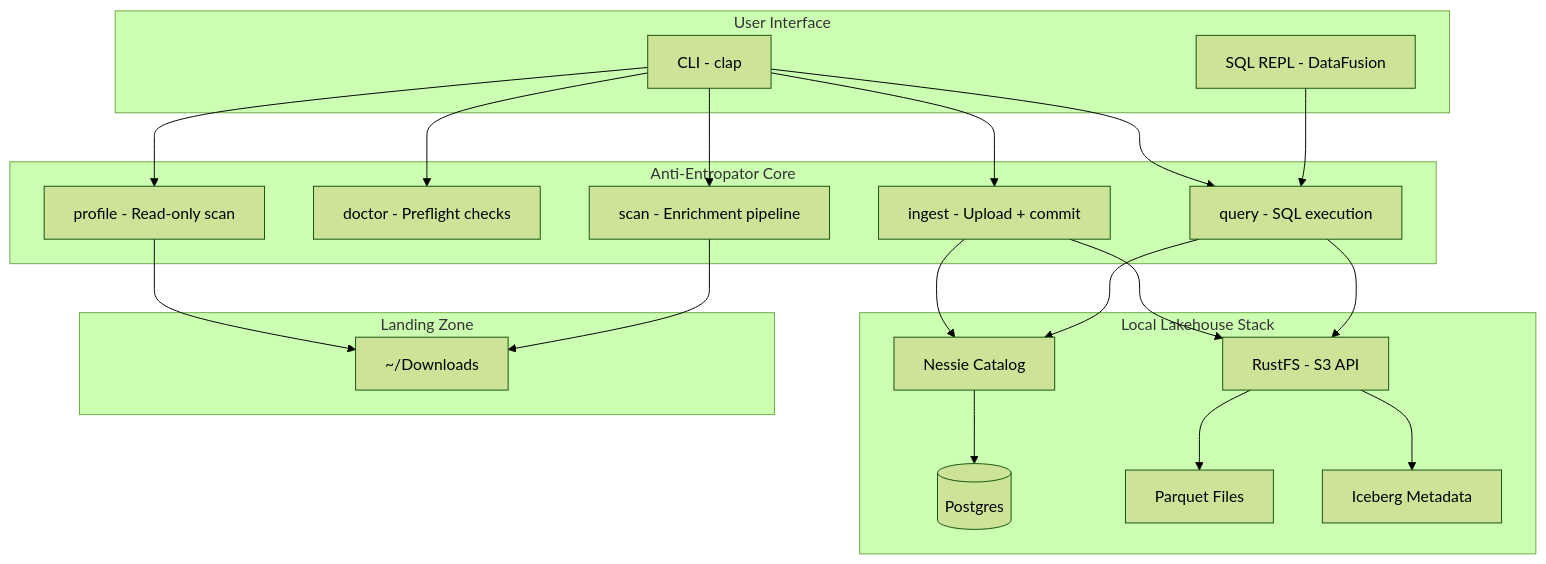
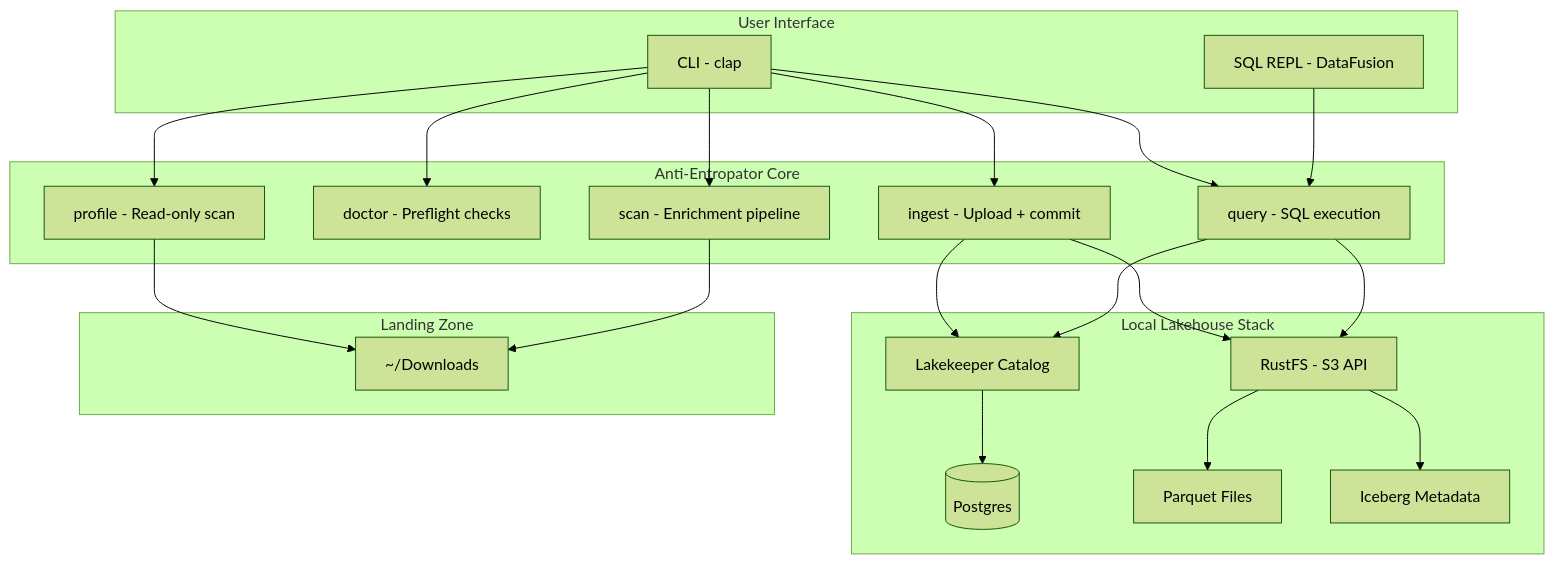
One commit to sm4rtm4art/anti_entropator changed the first of 2 diagrams in docs/design/architecture.md. Above: the diagram before and after it, drawn with Mermaid (forest theme). The commit also changed other lines of this file and 12 other files, not shown here.

````diff
--- a/docs/design/architecture.md
+++ b/docs/design/architecture.md
@@ -9,45 +9,45 @@
 ```mermaid
 flowchart TB
     subgraph user [User Interface]
         CLI[CLI - clap]
         REPL[SQL REPL - DataFusion]
     end
 
     subgraph app [Anti-Entropator Core]
         Profile[profile - Read-only scan]
         Doctor[doctor - Preflight checks]
         Scanner[scan - Enrichment pipeline]
         Ingest[ingest - Upload + commit]
         Query[query - SQL execution]
     end
 
     subgraph stack [Local Lakehouse Stack]
         RustFS[RustFS - S3 API]
-        Nessie[Nessie Catalog]
+        Lakekeeper[Lakekeeper Catalog]
         Postgres[(Postgres)]
         Parquet[Parquet Files]
         IcebergMeta[Iceberg Metadata]
     end
 
     subgraph landing [Landing Zone]
         Downloads[~/Downloads]
     end
 
     CLI --> Profile
     CLI --> Doctor
     CLI --> Scanner
     CLI --> Ingest
     CLI --> Query
     REPL --> Query
 
     Profile --> Downloads
     Scanner --> Downloads
     Ingest --> RustFS
-    Ingest --> Nessie
-    Query --> Nessie
+    Ingest --> Lakekeeper
+    Query --> Lakekeeper
     Query --> RustFS
 
-    Nessie --> Postgres
+    Lakekeeper --> Postgres
     RustFS --> Parquet
     RustFS --> IcebergMeta
 ```
````
